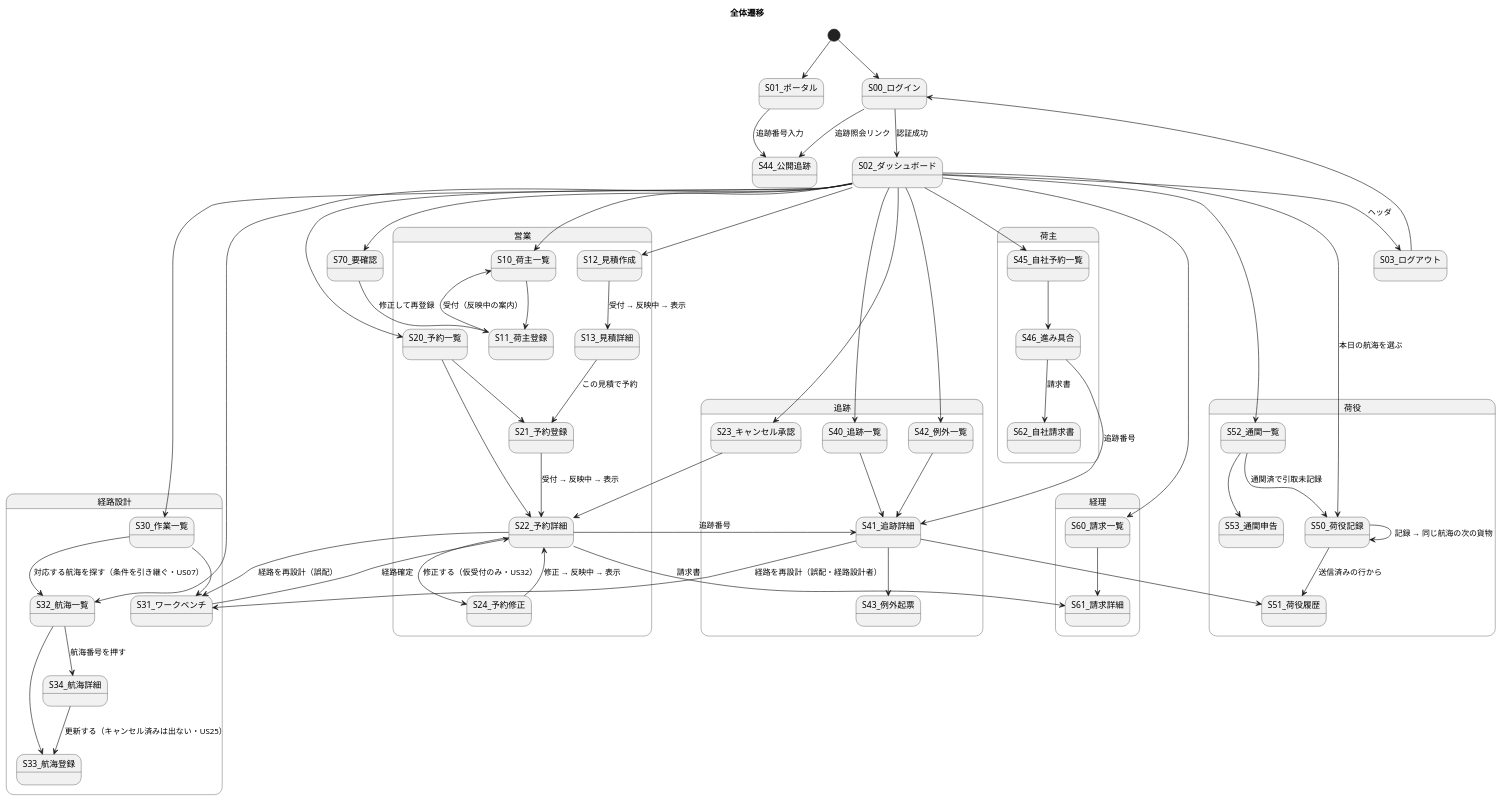
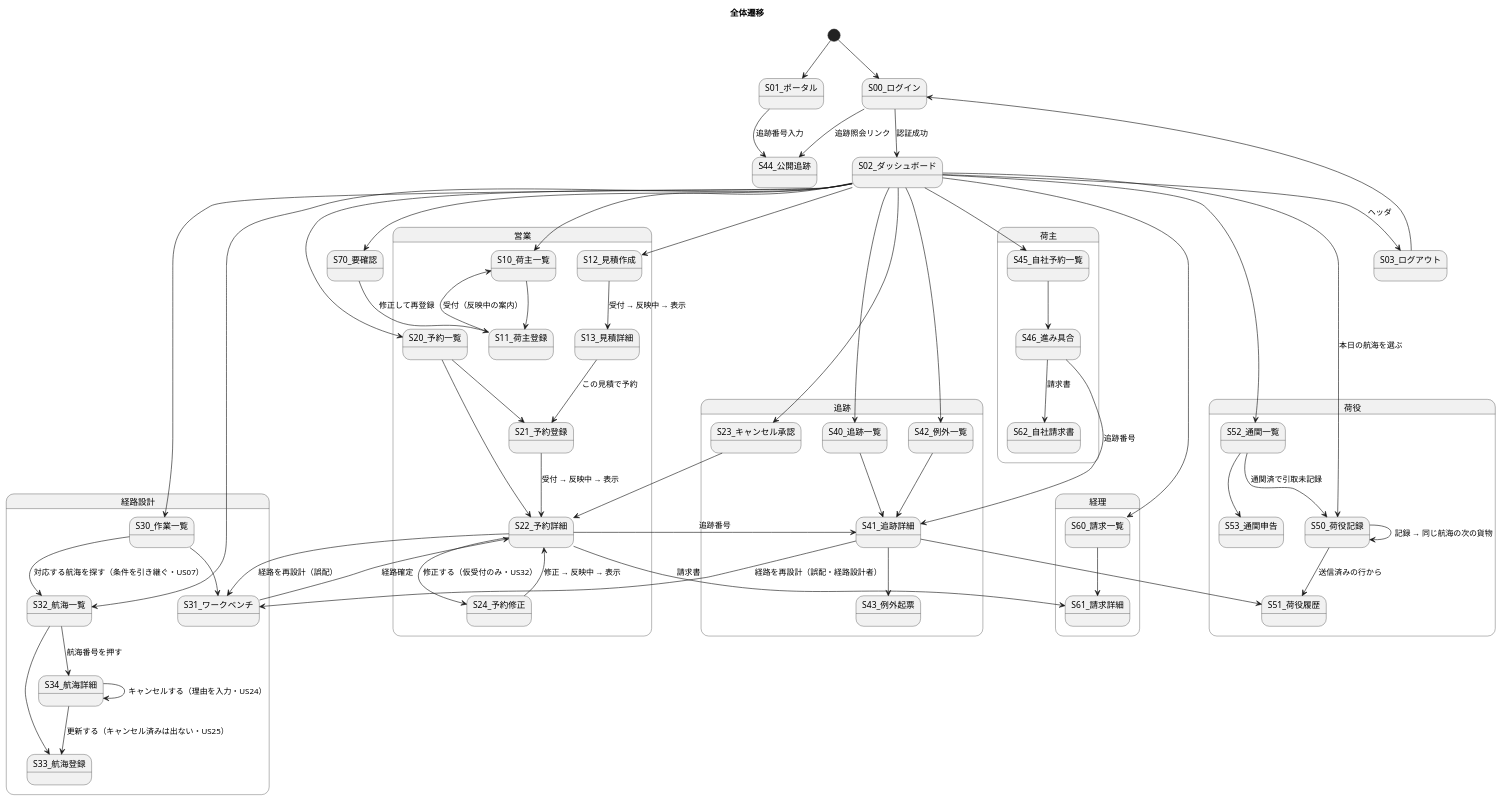
The second of 32 diagrams in docs/design/cargo-tracker/ui_design.md (k2works/case-study-cargo-tracker), drawn with PlantUML before and after one commit. The commit also changed other lines of this file and 21 other files, not shown here.

````diff
--- a/docs/design/cargo-tracker/ui_design.md
+++ b/docs/design/cargo-tracker/ui_design.md
@@ -251,78 +251,79 @@
 ```plantuml
 @startuml
 title 全体遷移
 
 [*] --> S00_ログイン
 [*] --> S01_ポータル
 S01_ポータル --> S44_公開追跡 : 追跡番号入力
 S00_ログイン --> S44_公開追跡 : 追跡照会リンク
 S00_ログイン --> S02_ダッシュボード : 認証成功
 
 state "営業" as sales {
   S02_ダッシュボード --> S10_荷主一覧
   S10_荷主一覧 --> S11_荷主登録
   S11_荷主登録 --> S10_荷主一覧 : 受付（反映中の案内）
   S02_ダッシュボード --> S12_見積作成
   S12_見積作成 --> S13_見積詳細 : 受付 → 反映中 → 表示
   S13_見積詳細 --> S21_予約登録 : この見積で予約
   S02_ダッシュボード --> S20_予約一覧
   S20_予約一覧 --> S21_予約登録
   S21_予約登録 --> S22_予約詳細 : 受付 → 反映中 → 表示
   S20_予約一覧 --> S22_予約詳細
   S22_予約詳細 --> S24_予約修正 : 修正する（仮受付のみ・US32）
   S24_予約修正 --> S22_予約詳細 : 修正 → 反映中 → 表示
 }
 
 state "経路設計" as routing {
   S02_ダッシュボード --> S30_作業一覧
   S30_作業一覧 --> S31_ワークベンチ
   S31_ワークベンチ --> S22_予約詳細 : 経路確定
   S22_予約詳細 --> S31_ワークベンチ : 経路を再設計（誤配）
   S02_ダッシュボード --> S32_航海一覧
   S32_航海一覧 --> S33_航海登録
   S32_航海一覧 --> S34_航海詳細 : 航海番号を押す
   S34_航海詳細 --> S33_航海登録 : 更新する（キャンセル済みは出ない・US25）
+  S34_航海詳細 --> S34_航海詳細 : キャンセルする（理由を入力・US24）
   S30_作業一覧 --> S32_航海一覧 : 対応する航海を探す（条件を引き継ぐ・US07）
 }
 
 state "追跡" as tracking {
   S02_ダッシュボード --> S40_追跡一覧
   S40_追跡一覧 --> S41_追跡詳細
   S41_追跡詳細 --> S43_例外起票
   S02_ダッシュボード --> S42_例外一覧
   S42_例外一覧 --> S41_追跡詳細
   S02_ダッシュボード --> S23_キャンセル承認
   S23_キャンセル承認 --> S22_予約詳細
   S41_追跡詳細 --> S31_ワークベンチ : 経路を再設計（誤配・経路設計者）
 }
 
 state "荷役" as handling {
   S02_ダッシュボード --> S50_荷役記録 : 本日の航海を選ぶ
   S50_荷役記録 --> S50_荷役記録 : 記録 → 同じ航海の次の貨物
   S50_荷役記録 --> S51_荷役履歴 : 送信済みの行から
   S02_ダッシュボード --> S52_通関一覧
   S52_通関一覧 --> S53_通関申告
   S52_通関一覧 --> S50_荷役記録 : 通関済で引取未記録
 }
 
 state "荷主" as shipper {
   S02_ダッシュボード --> S45_自社予約一覧
   S45_自社予約一覧 --> S46_進み具合
   S46_進み具合 --> S41_追跡詳細 : 追跡番号
   S46_進み具合 --> S62_自社請求書 : 請求書
 }
 
 state "経理" as billing {
   S02_ダッシュボード --> S60_請求一覧
   S60_請求一覧 --> S61_請求詳細
 }
 
 S02_ダッシュボード --> S70_要確認
 S70_要確認 --> S11_荷主登録 : 修正して再登録
 S22_予約詳細 --> S41_追跡詳細 : 追跡番号
 S22_予約詳細 --> S61_請求詳細 : 請求書
 S41_追跡詳細 --> S51_荷役履歴
 S02_ダッシュボード --> S03_ログアウト : ヘッダ
 S03_ログアウト --> S00_ログイン
 @enduml
 ```
````
